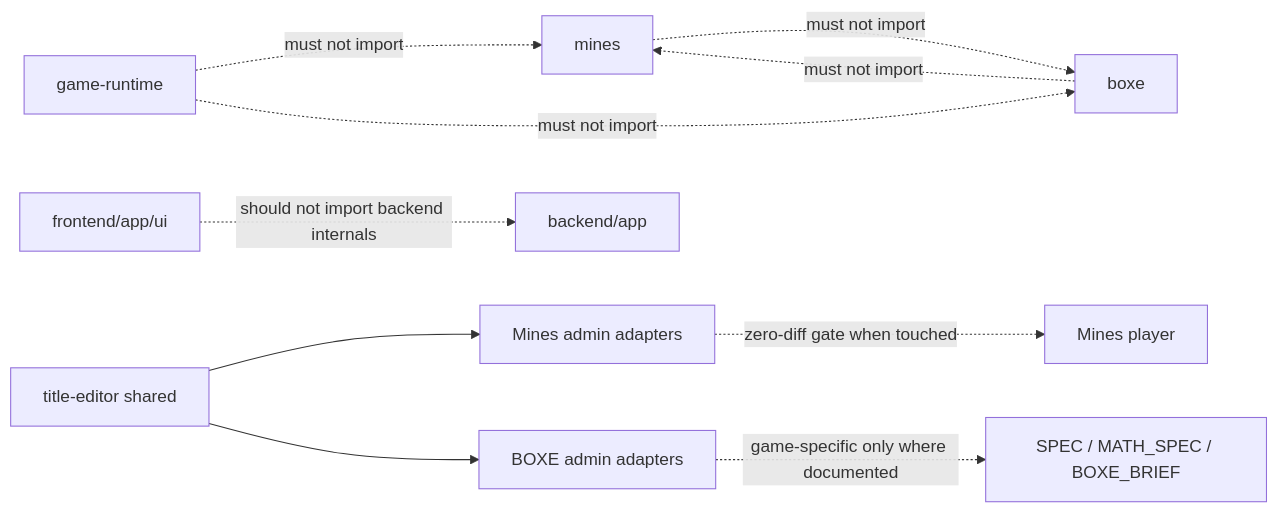
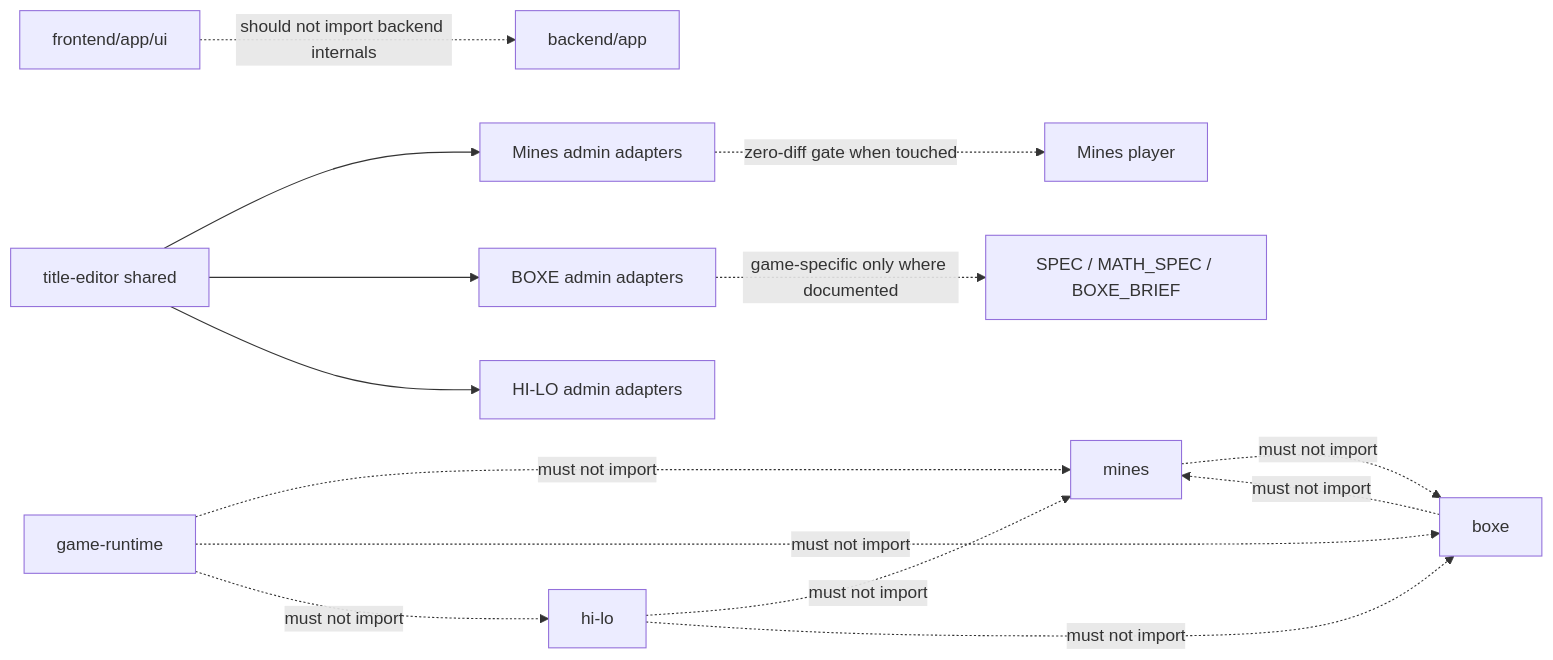
One commit to moromike/casinoking-platform changed the tenth of 11 diagrams in docs/CODE_ARCHITECTURE_MERMAID_MAP_2026-05-22.md. Above: the diagram before and after it, drawn with Mermaid. The commit also changed other lines of this file and 17 other files, not shown here.

````diff
--- a/docs/CODE_ARCHITECTURE_MERMAID_MAP_2026-05-22.md
+++ b/docs/CODE_ARCHITECTURE_MERMAID_MAP_2026-05-22.md
@@ -416,13 +457,17 @@
 ```mermaid
 flowchart LR
   Runtime["game-runtime"] -. must not import .-> Mines["mines"]
   Runtime -. must not import .-> Boxe["boxe"]
+  Runtime -. must not import .-> HiLo["hi-lo"]
   Mines -. must not import .-> Boxe
   Boxe -. must not import .-> Mines
+  HiLo -. must not import .-> Mines
+  HiLo -. must not import .-> Boxe
   Frontend["frontend/app/ui"] -. should not import backend internals .-> Backend["backend/app"]
 
   TitleEditor["title-editor shared"] --> MinesAdmin["Mines admin adapters"]
   TitleEditor --> BoxeAdmin["BOXE admin adapters"]
+  TitleEditor --> HiLoAdmin["HI-LO admin adapters"]
   MinesAdmin -. zero-diff gate when touched .-> MinesPlayer["Mines player"]
   BoxeAdmin -. game-specific only where documented .-> BoxeDocs["SPEC / MATH_SPEC / BOXE_BRIEF"]
 ```
````
